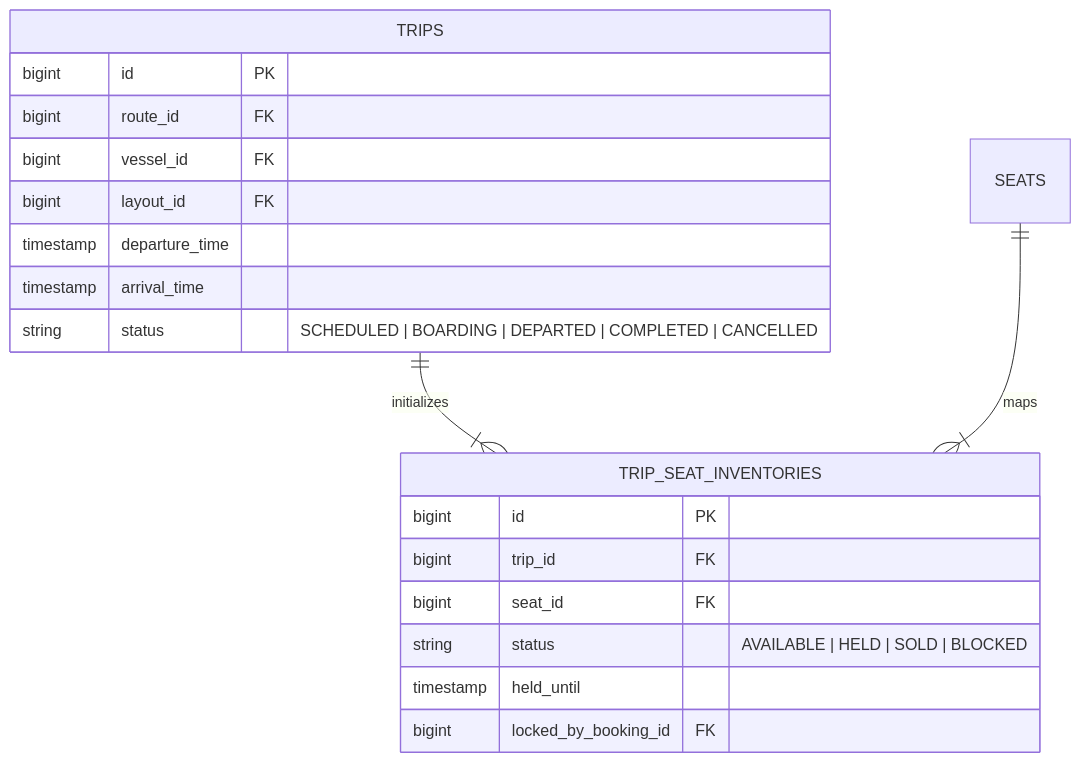
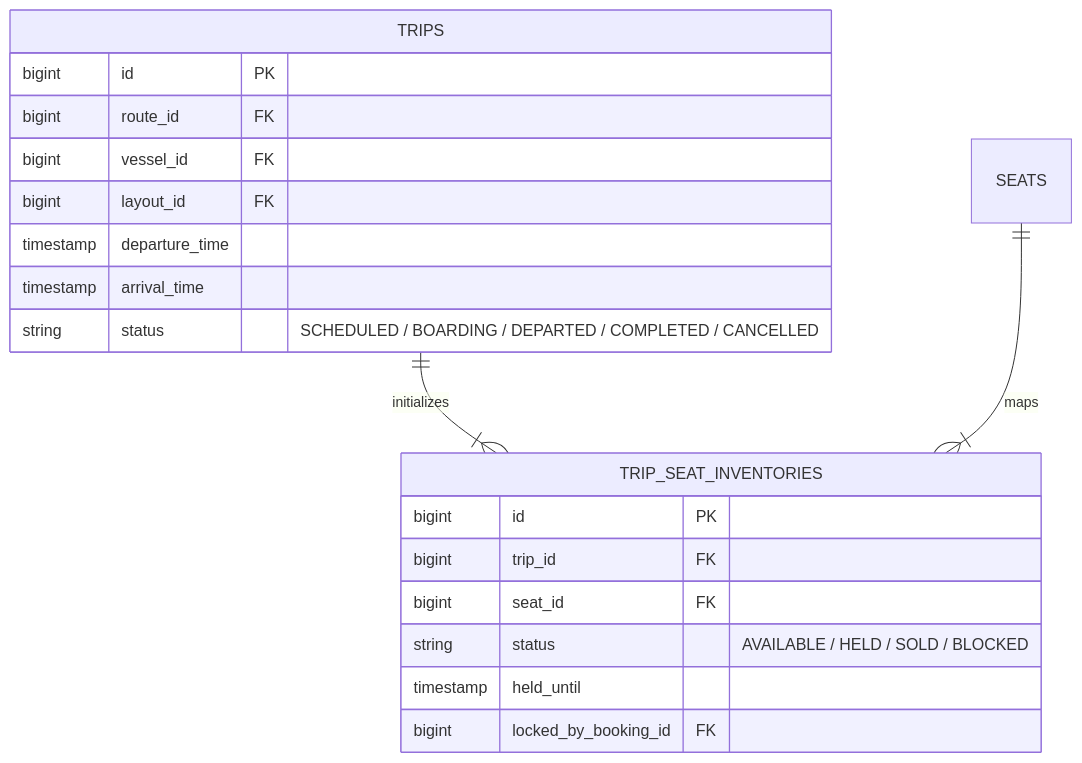
Before and after one commit to tomone2kd000-ux/superdong-booking-system: the second of 2 diagrams in content/docs/chuong-02-lich-chay-tinh-gia-va-coupon/01-trip-lifecycle-va-kho-ghe-chuyen.mdx, drawn with Mermaid. The commit also changed 17 other files, not shown here.

Commit message:
fix: resolve Mermaid erDiagram syntax warnings across all MDX files

````diff
--- a/content/docs/chuong-02-lich-chay-tinh-gia-va-coupon/01-trip-lifecycle-va-kho-ghe-chuyen.mdx
+++ b/content/docs/chuong-02-lich-chay-tinh-gia-va-coupon/01-trip-lifecycle-va-kho-ghe-chuyen.mdx
@@ -39,24 +39,24 @@
 ```mermaid
 erDiagram
     TRIPS ||--|{ TRIP_SEAT_INVENTORIES : initializes
     SEATS ||--|{ TRIP_SEAT_INVENTORIES : maps
 
     TRIPS {
         bigint id PK
         bigint route_id FK
         bigint vessel_id FK
         bigint layout_id FK
         timestamp departure_time
         timestamp arrival_time
-        string status "SCHEDULED | BOARDING | DEPARTED | COMPLETED | CANCELLED"
+        string status "SCHEDULED / BOARDING / DEPARTED / COMPLETED / CANCELLED"
     }
 
     TRIP_SEAT_INVENTORIES {
         bigint id PK
         bigint trip_id FK
         bigint seat_id FK
-        string status "AVAILABLE | HELD | SOLD | BLOCKED"
+        string status "AVAILABLE / HELD / SOLD / BLOCKED"
         timestamp held_until
         bigint locked_by_booking_id FK
     }
 ```
````
